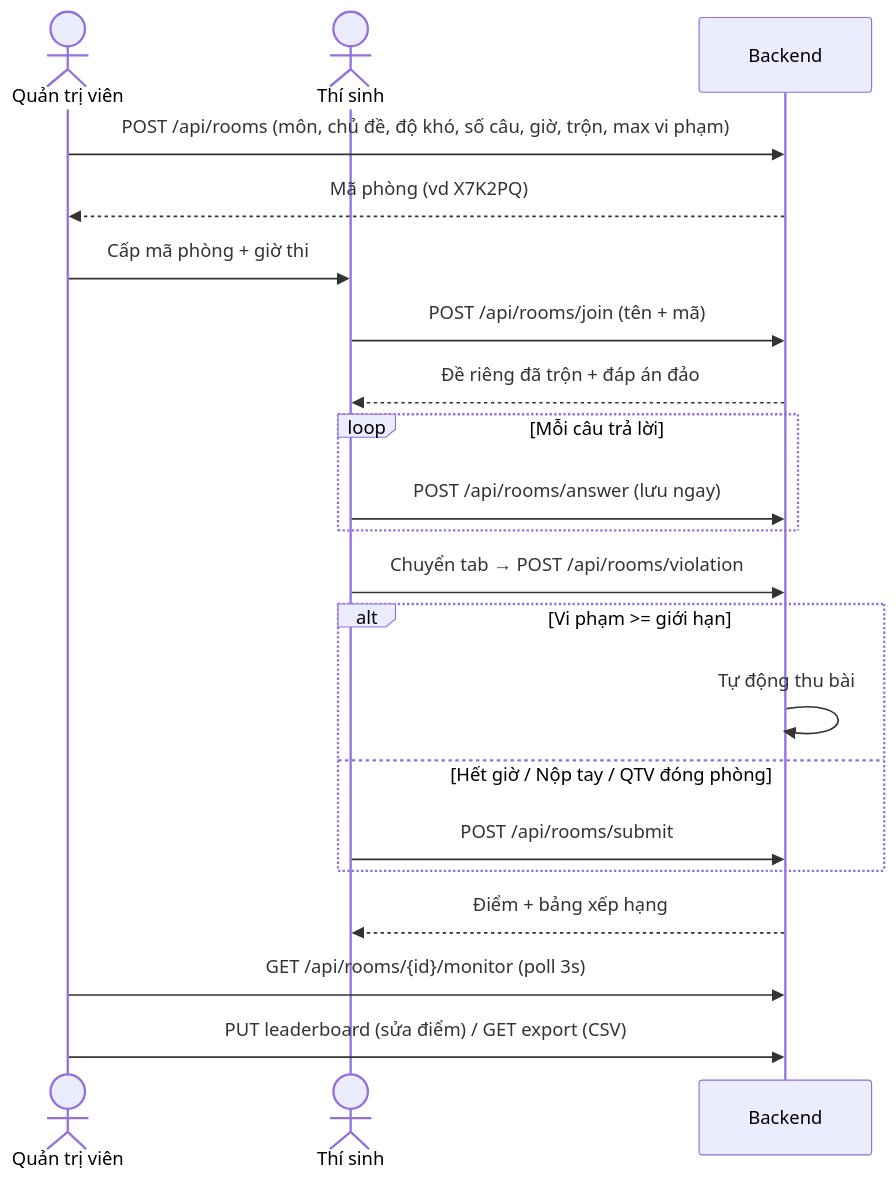
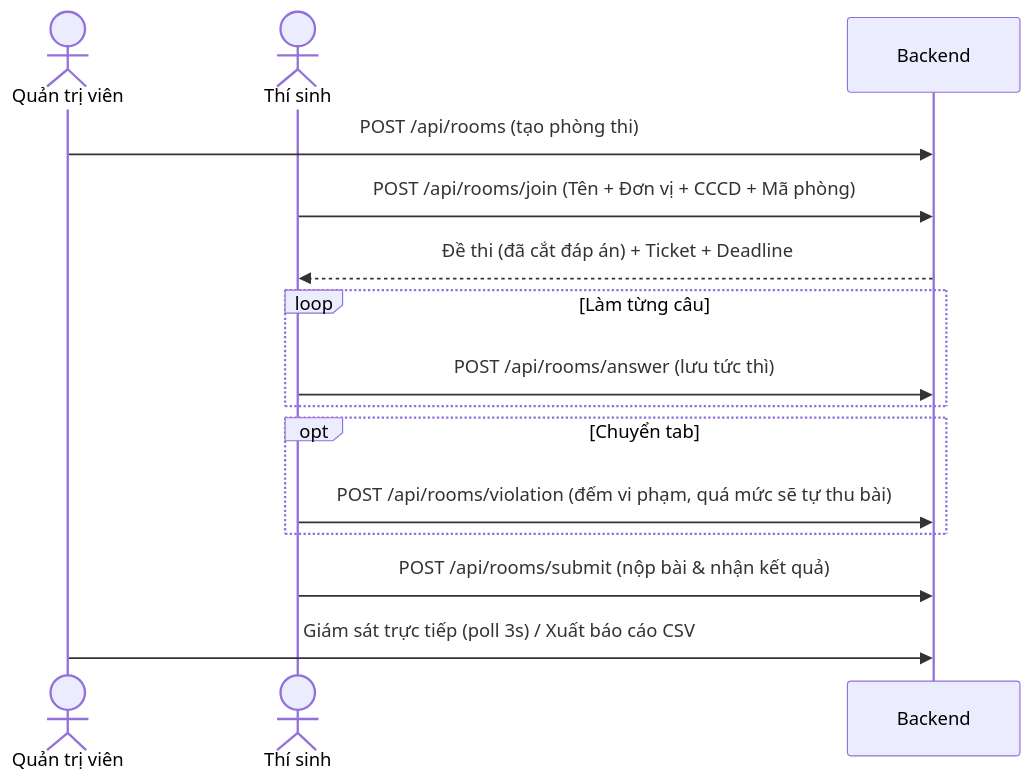
The second of 2 diagrams in README.md (duonganh070406/luyen-thi-py), drawn with Mermaid before and after one commit. The commit also changed other lines of this file, not shown here.

````diff
--- a/README.md
+++ b/README.md
@@ -140,23 +89,17 @@
 ```mermaid
 sequenceDiagram
     actor A as Quản trị viên
     actor T as Thí sinh
     participant BE as Backend
-    A->>BE: POST /api/rooms (môn, chủ đề, độ khó, số câu, giờ, trộn, max vi phạm)
-    BE-->>A: Mã phòng (vd X7K2PQ)
-    A->>T: Cấp mã phòng + giờ thi
-    T->>BE: POST /api/rooms/join (tên + mã)
-    BE-->>T: Đề riêng đã trộn + đáp án đảo
-    loop Mỗi câu trả lời
-        T->>BE: POST /api/rooms/answer (lưu ngay)
+    A->>BE: POST /api/rooms (tạo phòng thi)
+    T->>BE: POST /api/rooms/join (Tên + Đơn vị + CCCD + Mã phòng)
+    BE-->>T: Đề thi (đã cắt đáp án) + Ticket + Deadline
+    loop Làm từng câu
+        T->>BE: POST /api/rooms/answer (lưu tức thì)
     end
-    T->>BE: Chuyển tab → POST /api/rooms/violation
-    alt Vi phạm >= giới hạn
-        BE->>BE: Tự động thu bài
-    else Hết giờ / Nộp tay / QTV đóng phòng
-        T->>BE: POST /api/rooms/submit
+    opt Chuyển tab
+        T->>BE: POST /api/rooms/violation (đếm vi phạm, quá mức sẽ tự thu bài)
     end
-    BE-->>T: Điểm + bảng xếp hạng
-    A->>BE: GET /api/rooms/{id}/monitor (poll 3s)
-    A->>BE: PUT leaderboard (sửa điểm) / GET export (CSV)
+    T->>BE: POST /api/rooms/submit (nộp bài & nhận kết quả)
+    A->>BE: Giám sát trực tiếp (poll 3s) / Xuất báo cáo CSV
 ```
````
